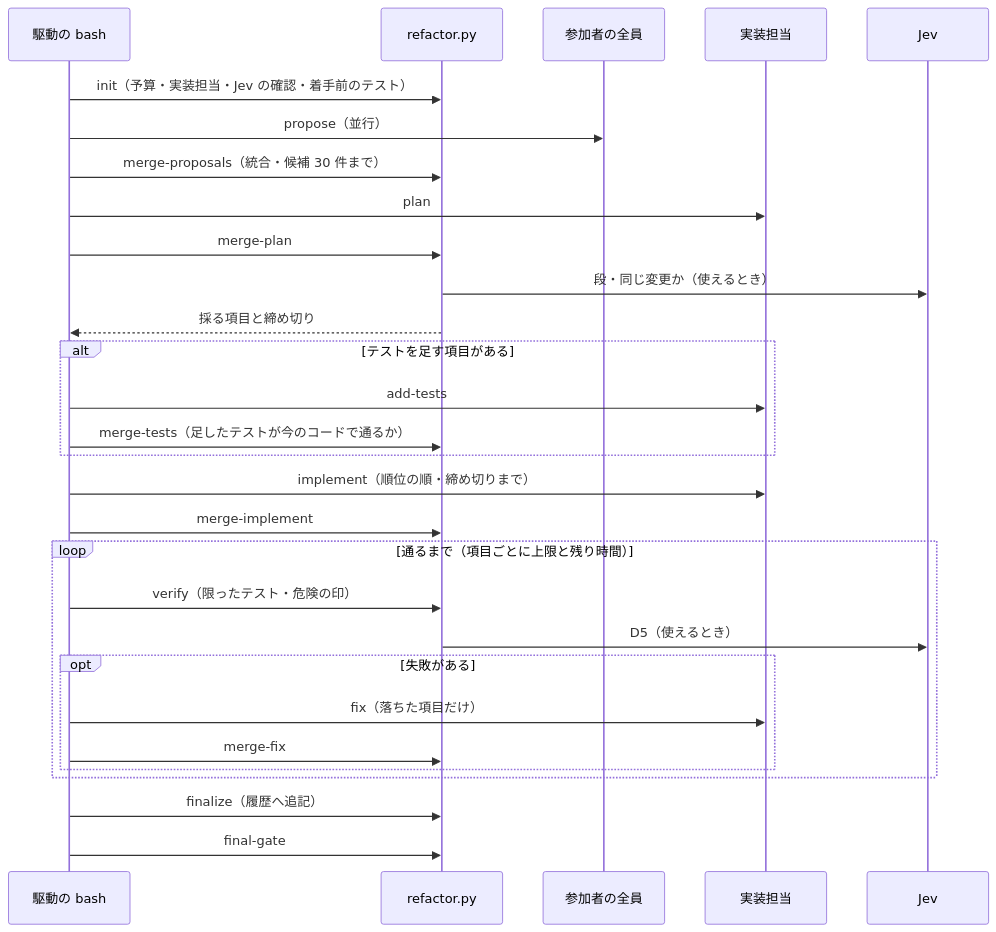
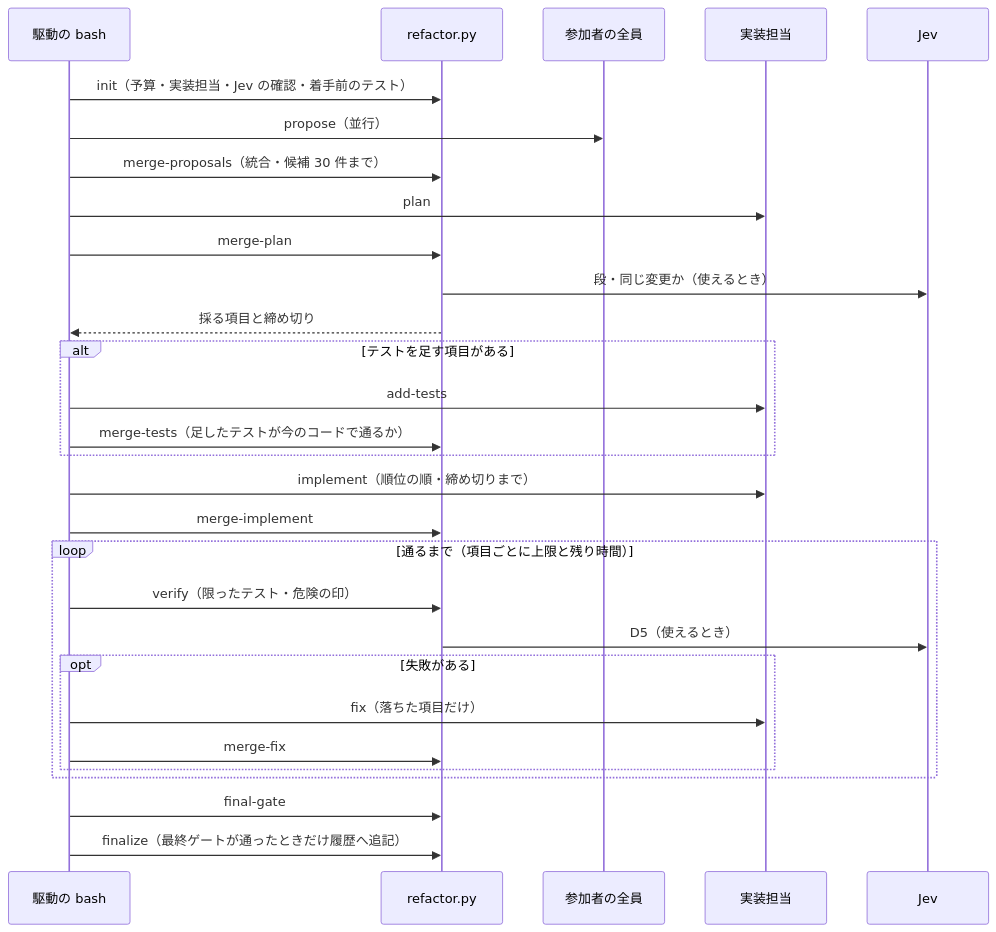
One commit to devbasex/ai-plugins changed the second of 3 diagrams in issues/issue-933-design.md. Above: the diagram before and after it, drawn with Mermaid. The commit also changed other lines of this file and 1 other file, not shown here.

````diff
--- a/issues/issue-933-design.md
+++ b/issues/issue-933-design.md
@@ -318,31 +321,31 @@
 ```mermaid
 sequenceDiagram
   participant D as 駆動の bash
   participant R as refactor.py
   participant P as 参加者の全員
   participant I as 実装担当
   participant J as Jev
   D->>R: init（予算・実装担当・Jev の確認・着手前のテスト）
   D->>P: propose（並行）
   D->>R: merge-proposals（統合・候補 30 件まで）
   D->>I: plan
   D->>R: merge-plan
   R->>J: 段・同じ変更か（使えるとき）
   R-->>D: 採る項目と締め切り
   alt テストを足す項目がある
     D->>I: add-tests
     D->>R: merge-tests（足したテストが今のコードで通るか）
   end
   D->>I: implement（順位の順・締め切りまで）
   D->>R: merge-implement
   loop 通るまで（項目ごとに上限と残り時間）
     D->>R: verify（限ったテスト・危険の印）
     R->>J: D5（使えるとき）
     opt 失敗がある
       D->>I: fix（落ちた項目だけ）
       D->>R: merge-fix
     end
   end
-  D->>R: finalize（履歴へ追記）
   D->>R: final-gate
+  D->>R: finalize（最終ゲートが通ったときだけ履歴へ追記）
 ```
````
